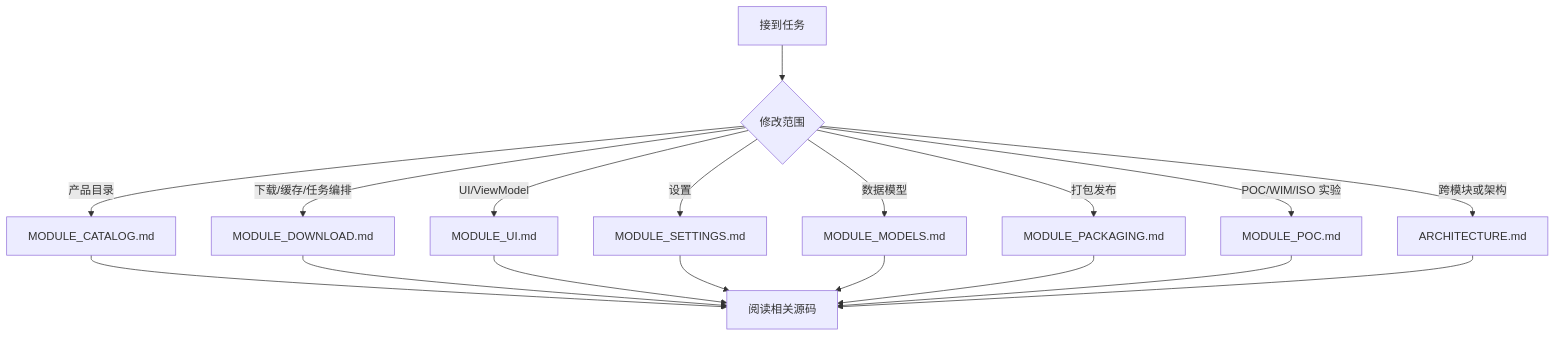
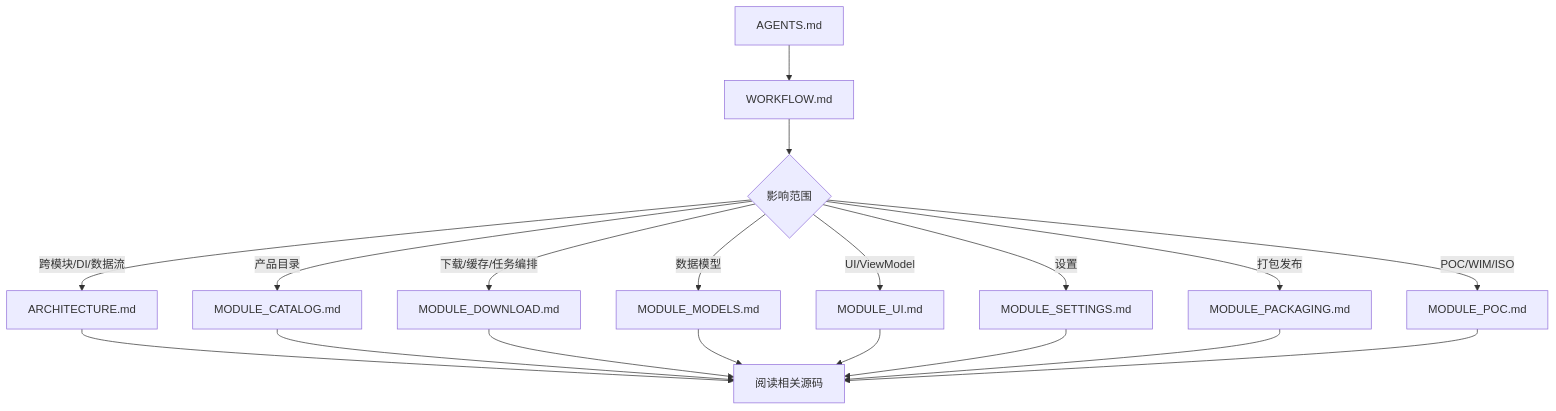
One commit to kingsznhone/WinDownloader changed the diagram in docs/WORKFLOW.md. Above: the diagram before and after it, drawn with Mermaid. The commit also changed other lines of this file and 37 other files, not shown here.

````diff
--- a/docs/WORKFLOW.md
+++ b/docs/WORKFLOW.md
@@ -15,20 +30,21 @@
 ```mermaid
 flowchart TD
-    A[接到任务] --> B{修改范围}
-    B -->|产品目录| C1[MODULE_CATALOG.md]
-    B -->|下载/缓存/任务编排| C2[MODULE_DOWNLOAD.md]
-    B -->|UI/ViewModel| C3[MODULE_UI.md]
-    B -->|设置| C4[MODULE_SETTINGS.md]
-    B -->|数据模型| C5[MODULE_MODELS.md]
-    B -->|打包发布| C6[MODULE_PACKAGING.md]
-    B -->|POC/WIM/ISO 实验| C7[MODULE_POC.md]
-    B -->|跨模块或架构| C8[ARCHITECTURE.md]
-    C1 --> D[阅读相关源码]
-    C2 --> D
-    C3 --> D
-    C4 --> D
-    C5 --> D
-    C6 --> D
-    C7 --> D
-    C8 --> D
+    A[AGENTS.md] --> B[WORKFLOW.md]
+    B --> C{影响范围}
+    C -->|跨模块/DI/数据流| D[ARCHITECTURE.md]
+    C -->|产品目录| E[MODULE_CATALOG.md]
+    C -->|下载/缓存/任务编排| F[MODULE_DOWNLOAD.md]
+    C -->|数据模型| G[MODULE_MODELS.md]
+    C -->|UI/ViewModel| H[MODULE_UI.md]
+    C -->|设置| I[MODULE_SETTINGS.md]
+    C -->|打包发布| J[MODULE_PACKAGING.md]
+    C -->|POC/WIM/ISO| K[MODULE_POC.md]
+    D --> L[阅读相关源码]
+    E --> L
+    F --> L
+    G --> L
+    H --> L
+    I --> L
+    J --> L
+    K --> L
 ```
````
